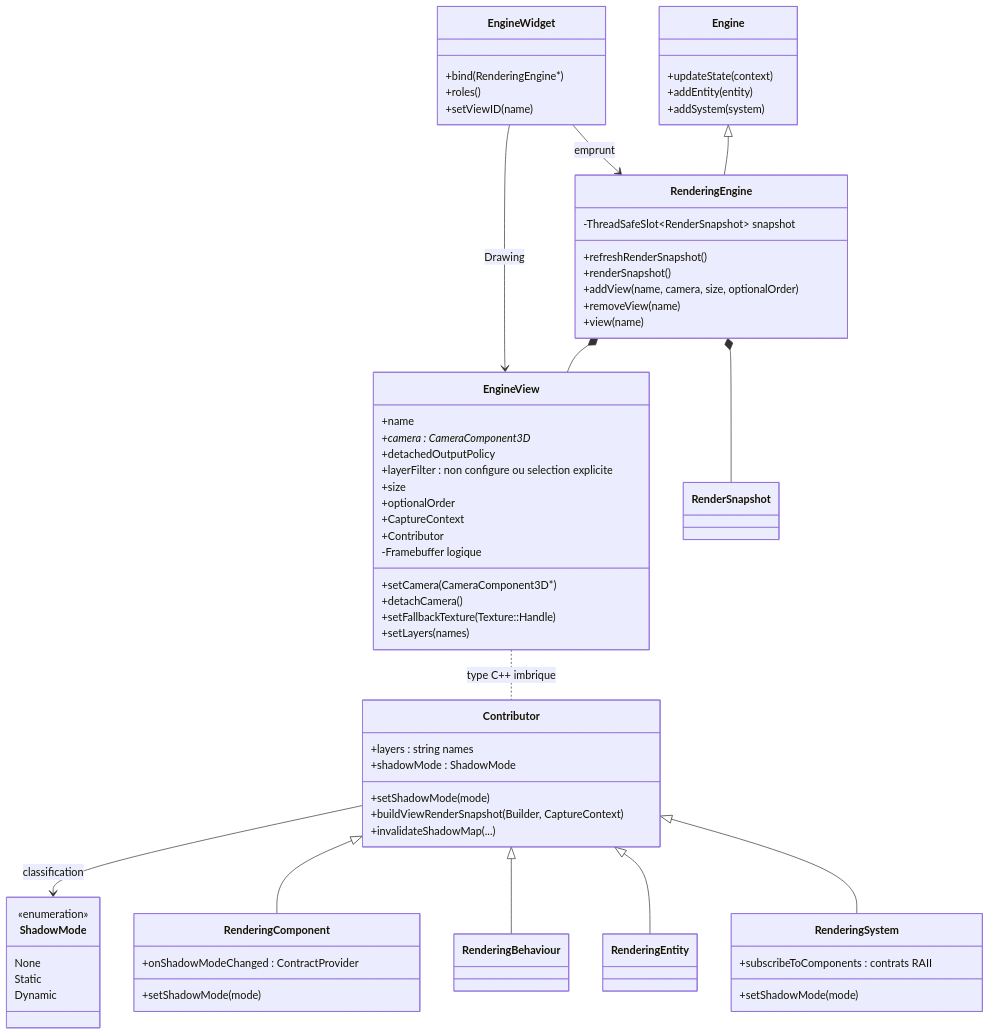
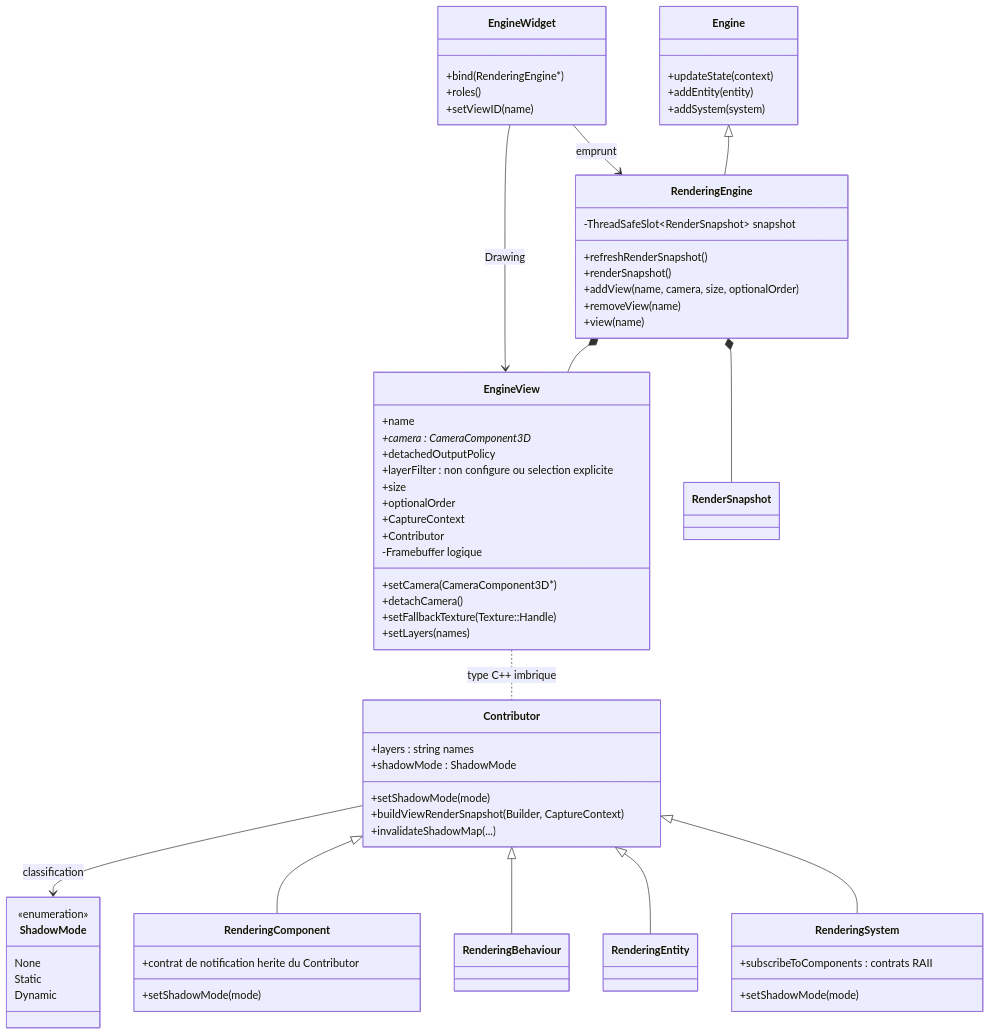
Before and after one commit to EreliaStudio/Sparkle: the sixth of 13 diagrams in docs/voxel-engine-v0.1.4-specification.md, drawn with Mermaid. The commit also changed other lines of this file, not shown here.

Commit message:
docs(v0.1.4): clarify inherited component contract and direct-contributor invalidation path

````diff
--- a/docs/voxel-engine-v0.1.4-specification.md
+++ b/docs/voxel-engine-v0.1.4-specification.md
@@ -591,70 +591,70 @@
 ```mermaid
 classDiagram
   class Engine {
     +updateState(context)
     +addEntity(entity)
     +addSystem(system)
   }
   class RenderingEngine {
     +refreshRenderSnapshot()
     +renderSnapshot()
     +addView(name, camera, size, optionalOrder)
     +removeView(name)
     +view(name)
     -ThreadSafeSlot~RenderSnapshot~ snapshot
   }
   class EngineView {
     +name
     +camera : CameraComponent3D*
     +setCamera(CameraComponent3D*)
     +detachCamera()
     +detachedOutputPolicy
     +setFallbackTexture(Texture::Handle)
     +setLayers(names)
     +layerFilter : non configure ou selection explicite
     +size
     +optionalOrder
     +CaptureContext
     +Contributor
     -Framebuffer logique
   }
   class Contributor {
     +layers : string names
     +shadowMode : ShadowMode
     +setShadowMode(mode)
     +buildViewRenderSnapshot(Builder, CaptureContext)
     +invalidateShadowMap(...)
   }
   class RenderingComponent {
     +setShadowMode(mode)
-    +onShadowModeChanged : ContractProvider
+    +contrat de notification herite du Contributor
   }
   class RenderingBehaviour
   class RenderingEntity
   class RenderingSystem {
     +setShadowMode(mode)
     +subscribeToComponents : contrats RAII
   }
   class ShadowMode {
     <<enumeration>>
     None
     Static
     Dynamic
   }
   Contributor --> ShadowMode : classification
   class EngineWidget {
     +bind(RenderingEngine*)
     +roles()
     +setViewID(name)
   }
   Engine <|-- RenderingEngine
   RenderingEngine *-- EngineView
   RenderingEngine *-- RenderSnapshot
   EngineView .. Contributor : type C++ imbrique
   Contributor <|-- RenderingComponent
   Contributor <|-- RenderingBehaviour
   Contributor <|-- RenderingEntity
   Contributor <|-- RenderingSystem
   EngineWidget --> RenderingEngine : emprunt
   EngineWidget --> EngineView : Drawing
 ```
````
